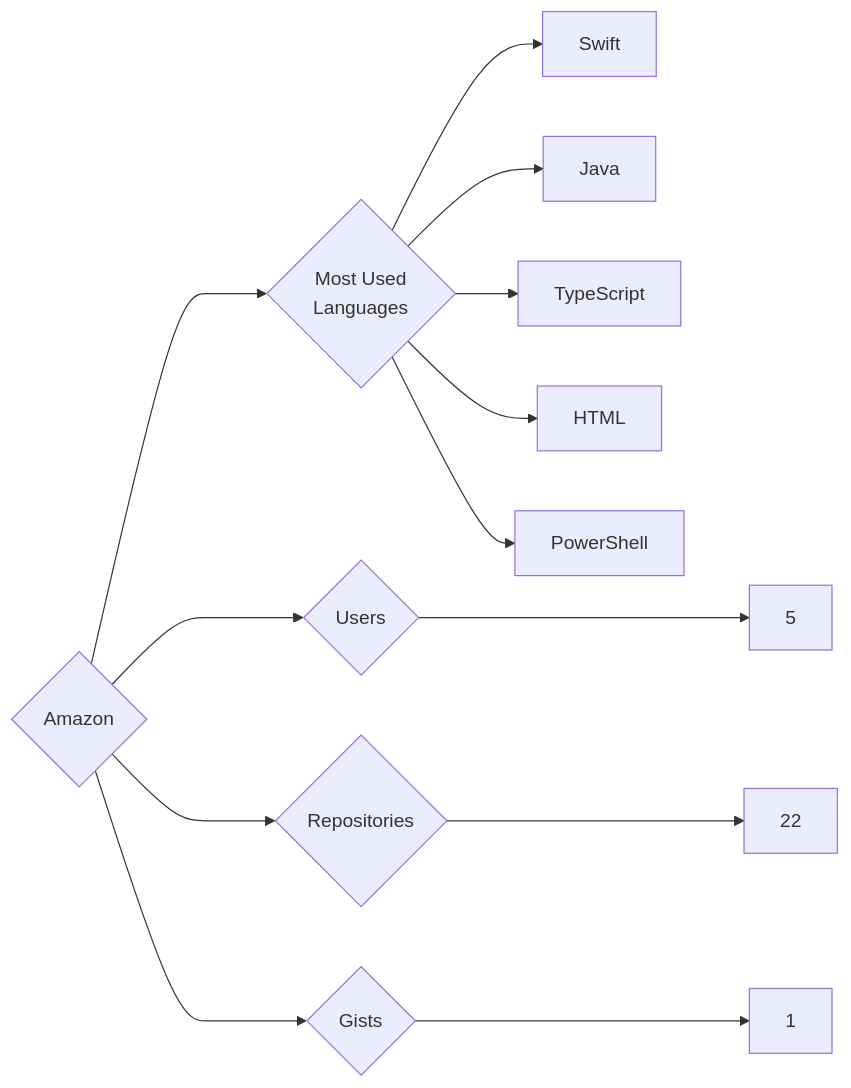
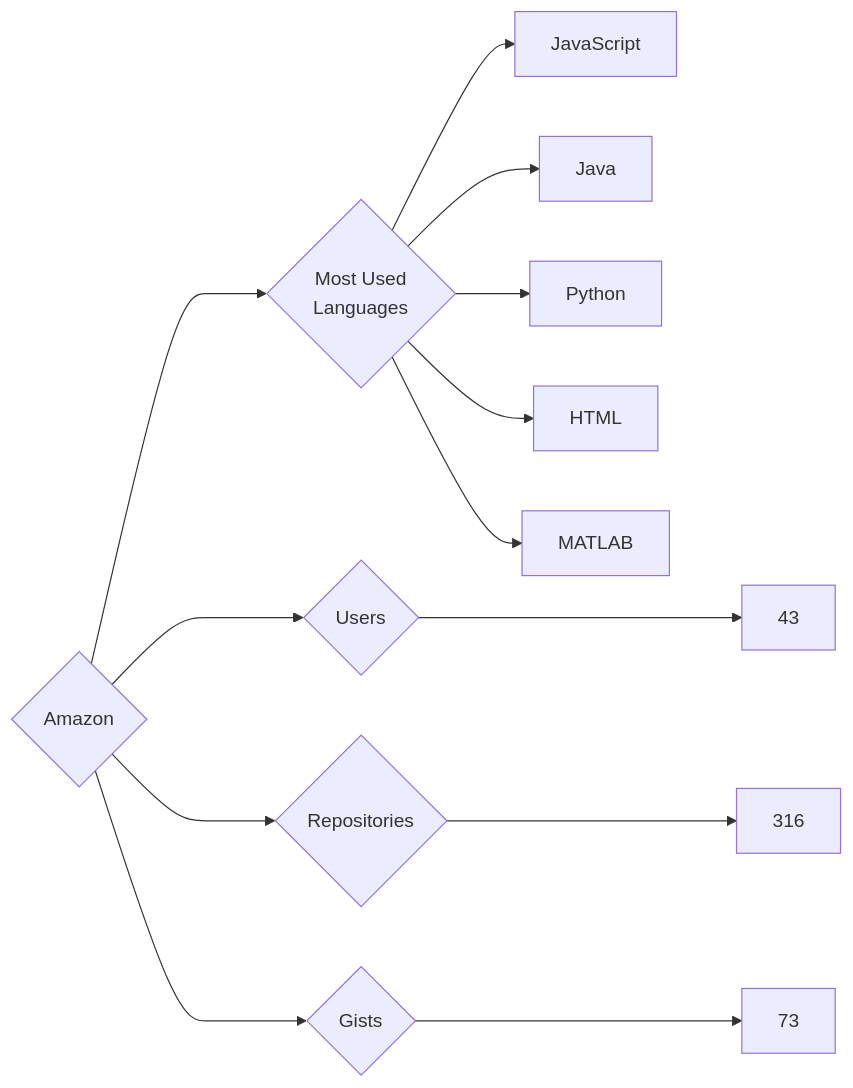
Before and after one commit to trickest/insiders: the diagram in targets/Amazon/README.md, drawn with Mermaid. The commit also changed 874 other files, not shown here.

````diff
--- a/targets/Amazon/README.md
+++ b/targets/Amazon/README.md
@@ -3,13 +3,13 @@
 ```mermaid
 graph LR
 COMPANY_NAME{Amazon}
-COMPANY_NAME ---> U{Users} ---> UN[5]
-COMPANY_NAME ---> R{Repositories} ---> RN[22]
-COMPANY_NAME ---> G{Gists} ---> GN[1]
+COMPANY_NAME ---> U{Users} ---> UN[43]
+COMPANY_NAME ---> R{Repositories} ---> RN[316]
+COMPANY_NAME ---> G{Gists} ---> GN[73]
 COMPANY_NAME ---> ML{Most Used<br>Languages}
-ML --> Swift[Swift]
+ML --> JavaScript[JavaScript]
 ML --> Java[Java]
-ML --> TypeScript[TypeScript]
+ML --> Python[Python]
 ML --> HTML[HTML]
-ML --> PowerShell[PowerShell]
+ML --> MATLAB[MATLAB]
 ```
````
